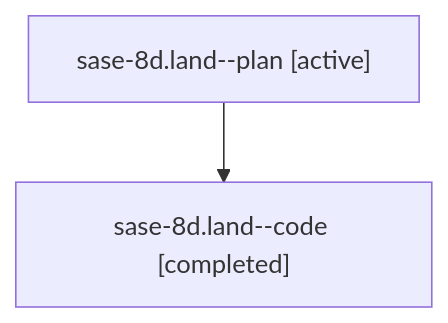
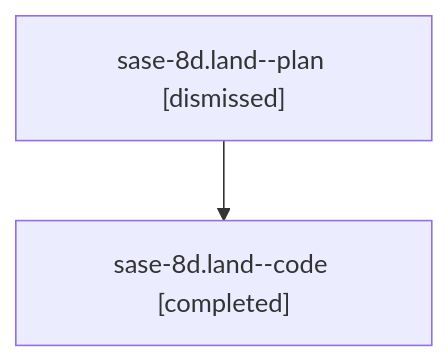
The diagram in sessions/bbugyi200.athena.sase-8d.land.md (sase-org/sase--agents), drawn with Mermaid before and after one commit. The commit also changed other lines of this file and 82 other files, not shown here.

````diff
--- a/sessions/bbugyi200.athena.sase-8d.land.md
+++ b/sessions/bbugyi200.athena.sase-8d.land.md
@@ -9,6 +9,6 @@
 ```mermaid
 flowchart TD
-  n0["sase-8d.land--plan [active]"]
+  n0["sase-8d.land--plan [dismissed]"]
   n1["sase-8d.land--code [completed]"]
   n0 --> n1
 ```
````
